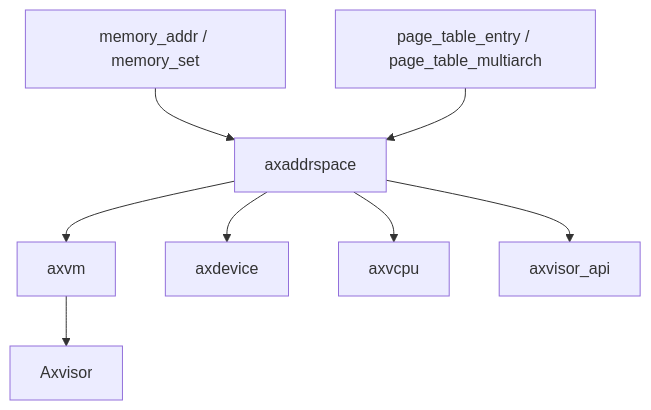
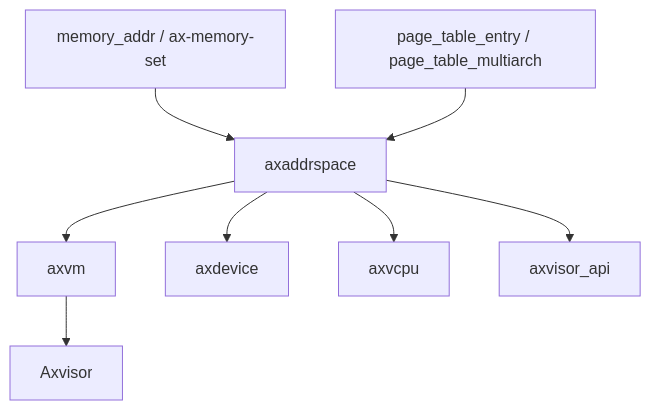
One commit to zKurisu/tgoskits changed the second of 2 diagrams in docs/crates/axaddrspace.md. Above: the diagram before and after it, drawn with Mermaid. The commit also changed other lines of this file and 27 other files, not shown here.

Commit message:
rename memory_set to ax-memory-set

````diff
--- a/docs/crates/axaddrspace.md
+++ b/docs/crates/axaddrspace.md
@@ -260,10 +260,10 @@
 ```mermaid
 graph TD
-    A[memory_addr / memory_set] --> B[axaddrspace]
+    A[memory_addr / ax-memory-set] --> B[axaddrspace]
     C[page_table_entry / page_table_multiarch] --> B
     B --> D[axvm]
     B --> E[axdevice]
     B --> F[axvcpu]
     B --> G[axvisor_api]
     D --> H[Axvisor]
 ```
````
